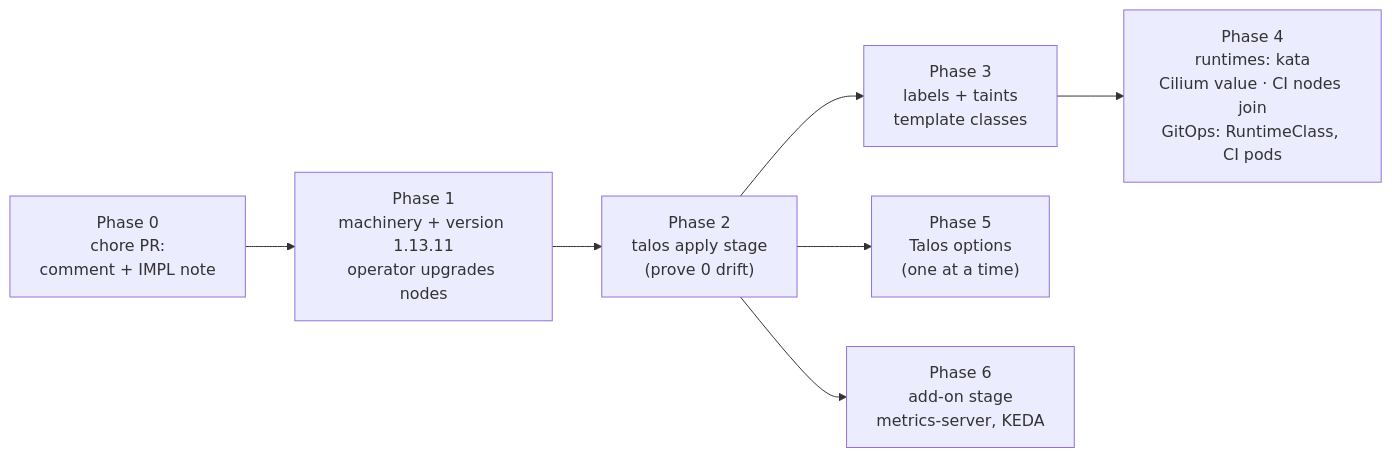
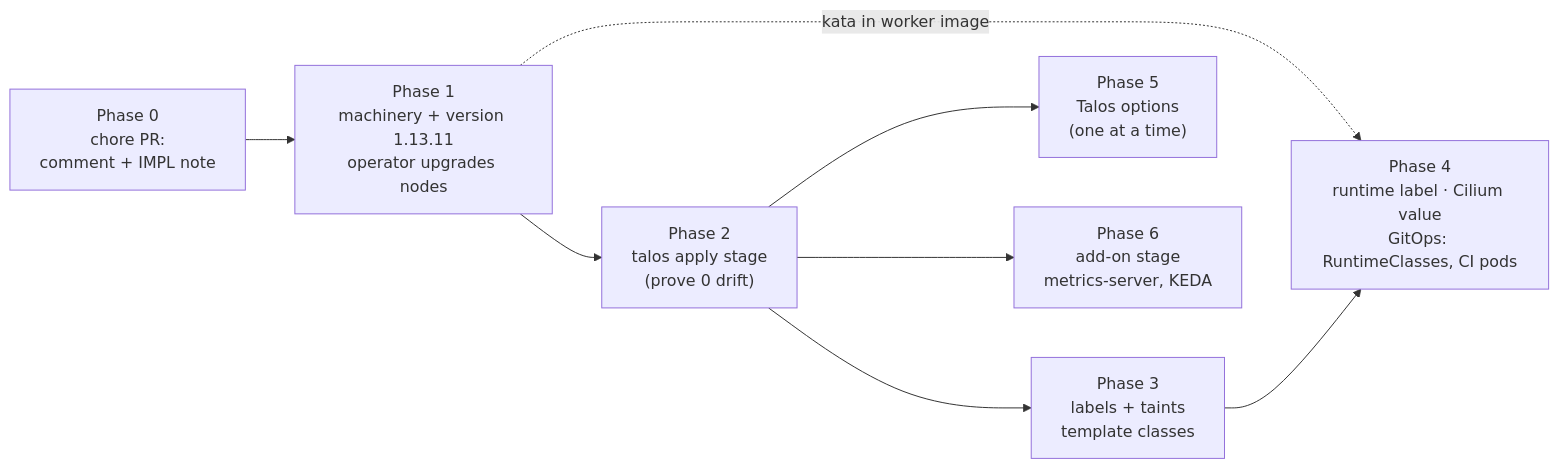
Before and after one commit to donaldgifford/hoomlab: the third of 3 diagrams in docs/design/0005-talos-11311-upgrade-with-kata-ci-isolation-and-cluster-options.md, drawn with Mermaid. The commit also changed other lines of this file, not shown here.

First line of the commit message:
docs(design): DESIGN-0005 Kata in the worker image, CI on two tainted workers

````diff
--- a/docs/design/0005-talos-11311-upgrade-with-kata-ci-isolation-and-cluster-options.md
+++ b/docs/design/0005-talos-11311-upgrade-with-kata-ci-isolation-and-cluster-options.md
@@ -748,9 +825,10 @@
 ```mermaid
 flowchart LR
     P0["Phase 0<br/>chore PR:<br/>comment + IMPL note"] --> P1["Phase 1<br/>machinery + version 1.13.11<br/>operator upgrades nodes"]
     P1 --> P2["Phase 2<br/>talos apply stage<br/>(prove 0 drift)"]
     P2 --> P3["Phase 3<br/>labels + taints<br/>template classes"]
-    P3 --> P4["Phase 4<br/>runtimes: kata<br/>Cilium value · CI nodes join<br/>GitOps: RuntimeClass, CI pods"]
+    P1 -. "kata in worker image" .-> P4
+    P3 --> P4["Phase 4<br/>runtime label · Cilium value<br/>GitOps: RuntimeClasses, CI pods"]
     P2 --> P5["Phase 5<br/>Talos options<br/>(one at a time)"]
     P2 --> P6["Phase 6<br/>add-on stage<br/>metrics-server, KEDA"]
 ```
````
